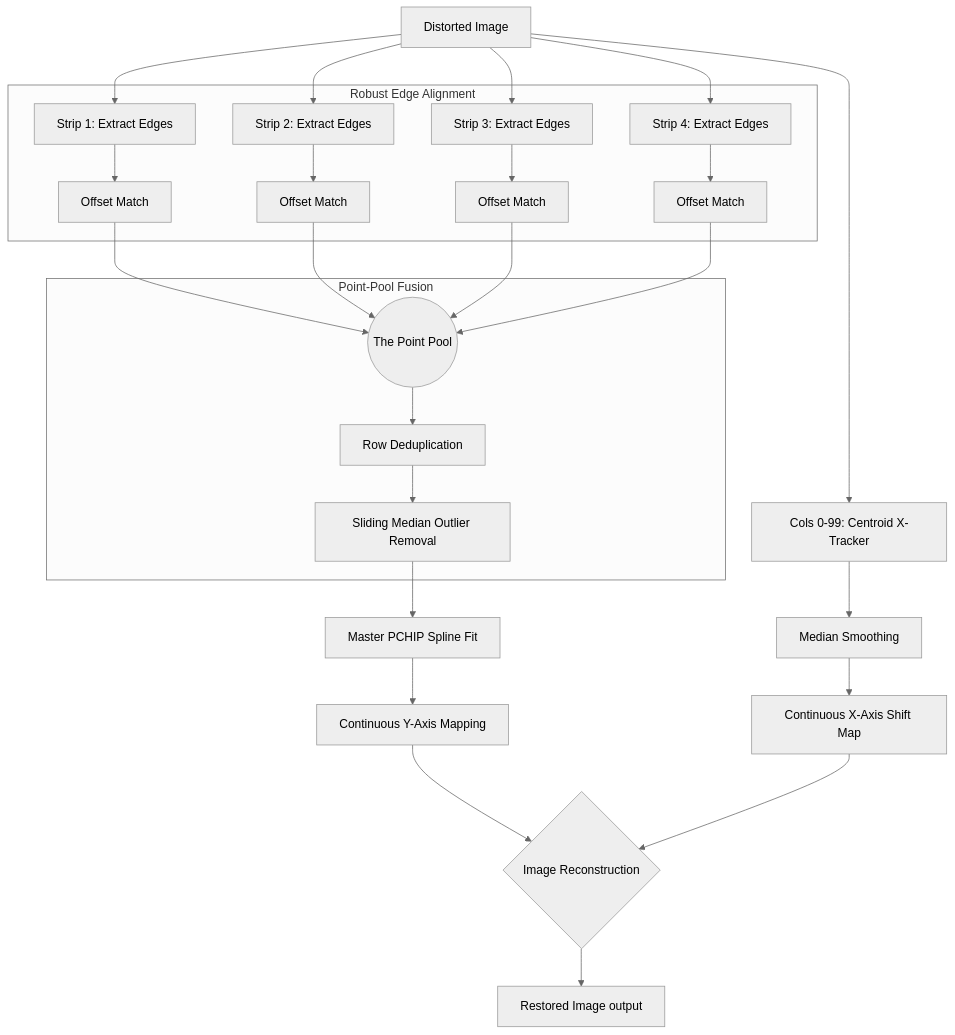
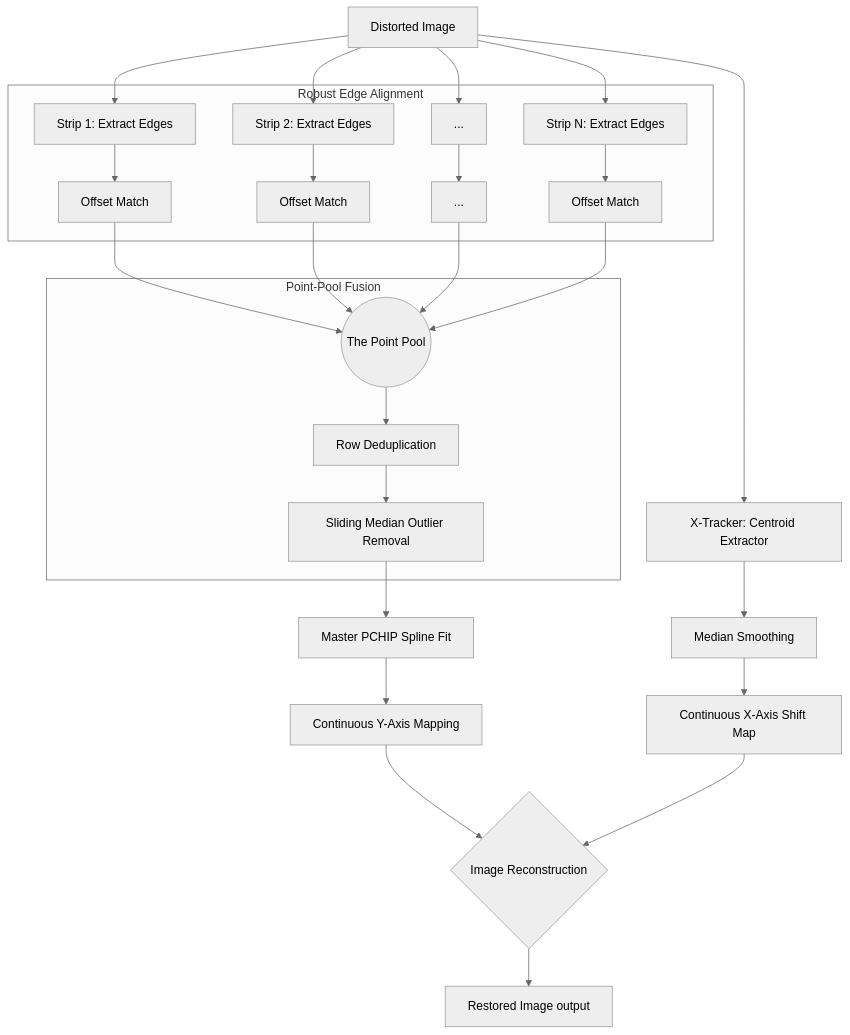
Before and after one commit to a4robot/chirp_detector: the diagram in 4SSB_algorithm.md, drawn with Mermaid (neutral theme). The commit also changed other lines of this file, not shown here.

````diff
--- a/4SSB_algorithm.md
+++ b/4SSB_algorithm.md
@@ -42,34 +39,34 @@
 ```mermaid
 graph TD
     A[Distorted Image] --> B[Strip 1: Extract Edges]
     A --> C[Strip 2: Extract Edges]
-    A --> D[Strip 3: Extract Edges]
-    A --> E[Strip 4: Extract Edges]
+    A --> D[...]
+    A --> E[Strip N: Extract Edges]
 
     subgraph "Robust Edge Alignment"
         B --> F[Offset Match]
         C --> G[Offset Match]
-        D --> H[Offset Match]
+        D --> H[...]
         E --> I[Offset Match]
     end
 
     subgraph "Point-Pool Fusion"
         F --> J((The Point Pool))
         G --> J
         H --> J
         I --> J
         J --> K[Row Deduplication]
         K --> L[Sliding Median Outlier Removal]
     end
 
     L --> M[Master PCHIP Spline Fit]
-    M --> N[Continuous Y-Axis Mapping]
+    M --> N_Axis[Continuous Y-Axis Mapping]
     
-    A --> O[Cols 0-99: Centroid X-Tracker]
+    A --> O[X-Tracker: Centroid Extractor]
     O --> P[Median Smoothing]
     P --> Q[Continuous X-Axis Shift Map]
 
-    N --> R{Image Reconstruction}
+    N_Axis --> R{Image Reconstruction}
     Q --> R
     R --> S[Restored Image output]
 ```
````
